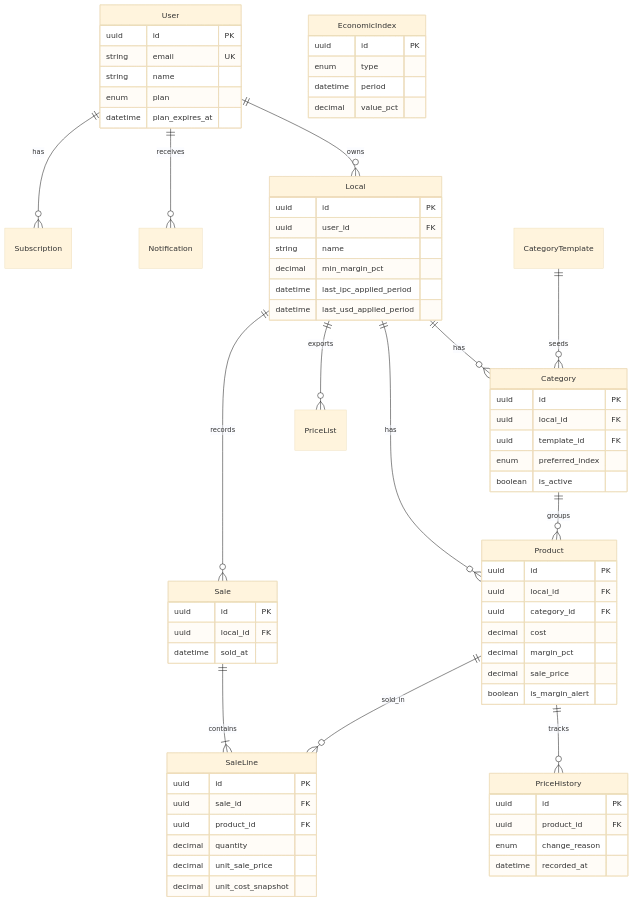
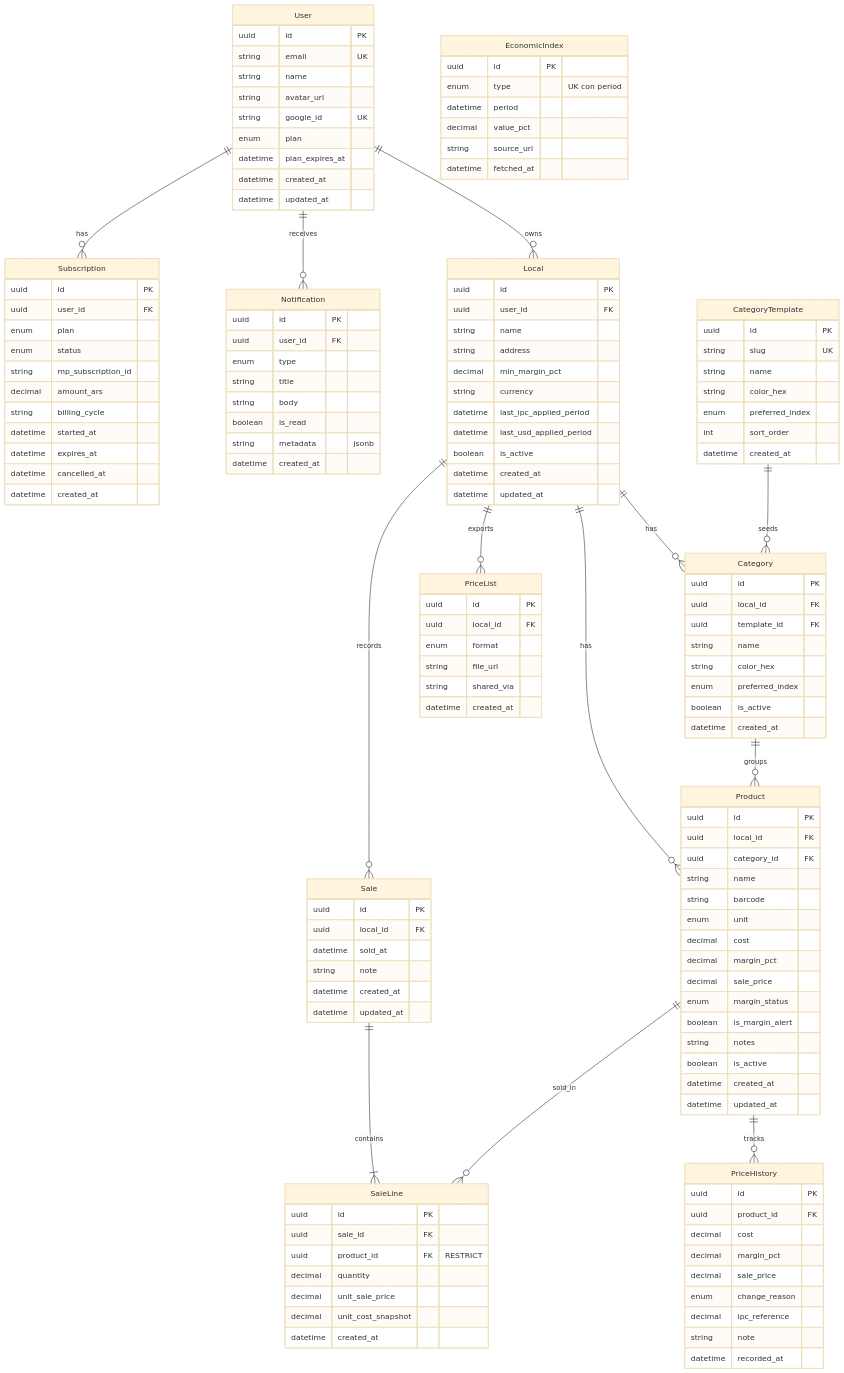
Before and after one commit to ELautax/PreciosYa: the diagram in docs/entrega/DER.md, drawn with Mermaid (base theme). The commit also changed other lines of this file and 13 other files, not shown here.

````diff
--- a/docs/entrega/DER.md
+++ b/docs/entrega/DER.md
@@ -16,6 +20,7 @@
   Local ||--o{ Sale : records
 
   CategoryTemplate ||--o{ Category : seeds
+
   Category ||--o{ Product : groups
 
   Product ||--o{ PriceHistory : tracks
@@ -27,63 +32,138 @@
     uuid id PK
     string email UK
     string name
+    string avatar_url
+    string google_id UK
     enum plan
     datetime plan_expires_at
+    datetime created_at
+    datetime updated_at
   }
 
   Local {
     uuid id PK
     uuid user_id FK
     string name
+    string address
     decimal min_margin_pct
+    string currency
     datetime last_ipc_applied_period
     datetime last_usd_applied_period
+    boolean is_active
+    datetime created_at
+    datetime updated_at
+  }
+
+  CategoryTemplate {
+    uuid id PK
+    string slug UK
+    string name
+    string color_hex
+    enum preferred_index
+    int sort_order
+    datetime created_at
   }
 
   Category {
     uuid id PK
     uuid local_id FK
     uuid template_id FK
+    string name
+    string color_hex
     enum preferred_index
     boolean is_active
+    datetime created_at
   }
 
   Product {
     uuid id PK
     uuid local_id FK
     uuid category_id FK
+    string name
+    string barcode
+    enum unit
     decimal cost
     decimal margin_pct
     decimal sale_price
+    enum margin_status
     boolean is_margin_alert
+    string notes
+    boolean is_active
+    datetime created_at
+    datetime updated_at
   }
 
   PriceHistory {
     uuid id PK
     uuid product_id FK
+    decimal cost
+    decimal margin_pct
+    decimal sale_price
     enum change_reason
+    decimal ipc_reference
+    string note
     datetime recorded_at
   }
 
   EconomicIndex {
     uuid id PK
-    enum type
+    enum type "UK con period"
     datetime period
     decimal value_pct
+    string source_url
+    datetime fetched_at
+  }
+
+  PriceList {
+    uuid id PK
+    uuid local_id FK
+    enum format
+    string file_url
+    string shared_via
+    datetime created_at
+  }
+
+  Notification {
+    uuid id PK
+    uuid user_id FK
+    enum type
+    string title
+    string body
+    boolean is_read
+    string metadata "jsonb"
+    datetime created_at
+  }
+
+  Subscription {
+    uuid id PK
+    uuid user_id FK
+    enum plan
+    enum status
+    string mp_subscription_id
+    decimal amount_ars
+    string billing_cycle
+    datetime started_at
+    datetime expires_at
+    datetime cancelled_at
+    datetime created_at
   }
 
   Sale {
     uuid id PK
     uuid local_id FK
     datetime sold_at
+    string note
+    datetime created_at
+    datetime updated_at
   }
 
   SaleLine {
     uuid id PK
     uuid sale_id FK
-    uuid product_id FK
+    uuid product_id FK "RESTRICT"
     decimal quantity
     decimal unit_sale_price
     decimal unit_cost_snapshot
+    datetime created_at
   }
 ```
````
